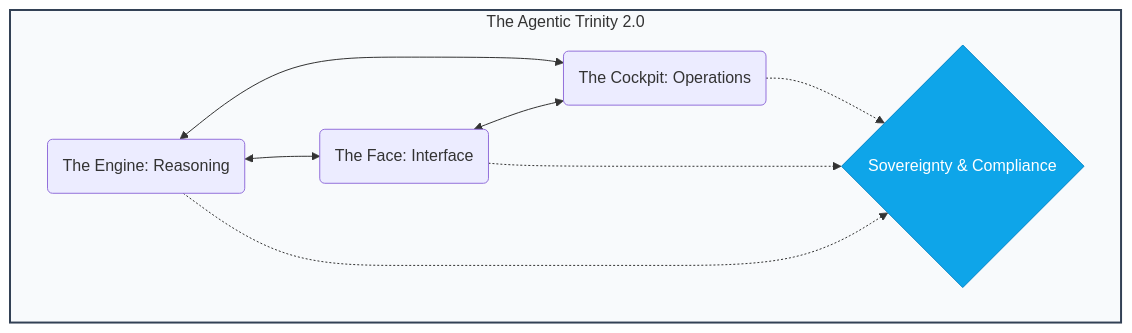
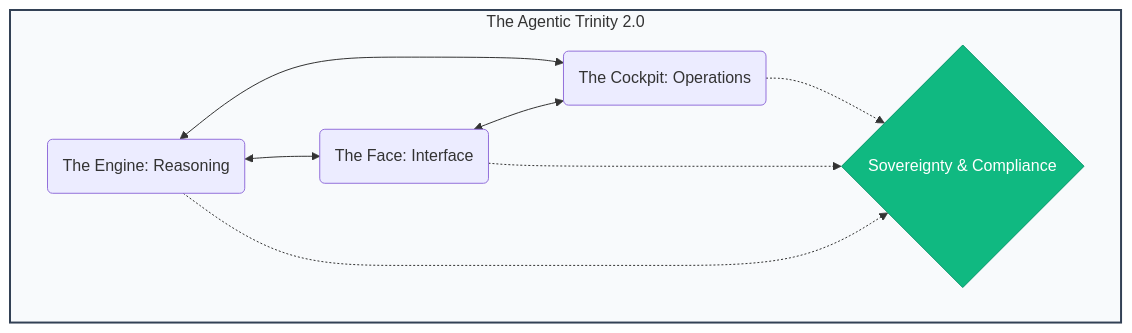
Before and after one commit to enriquekalven/agent-cockpit: the diagram in README.md, drawn with Mermaid. The commit also changed other lines of this file and 51 other files, not shown here.

````diff
--- a/README.md
+++ b/README.md
@@ -62,17 +61,17 @@
 ```mermaid
 graph TD
    subgraph Trinity [The Agentic Trinity 2.0]
        E(The Engine: Reasoning)
        F(The Face: Interface)
        C(The Cockpit: Operations)
        S{Sovereignty & Compliance}
    end
    E <--> C
    F <--> C
    E <--> F
    E -.-> S
    F -.-> S
    C -.-> S
    style Trinity fill:#f8fafc,stroke:#334155,stroke-width:2px
-   style S fill:#0ea5e9,color:#fff,stroke:#0284c7
+   style S fill:#10b981,color:#fff,stroke:#059669
 ```
````
